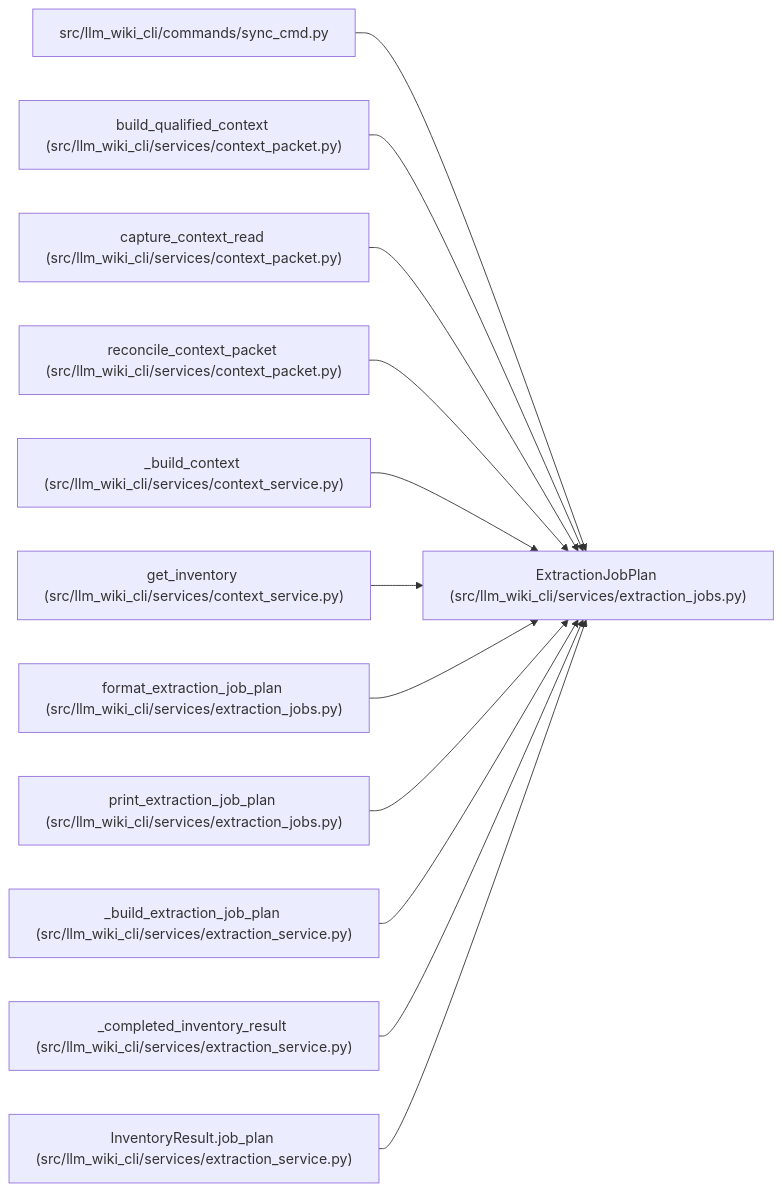
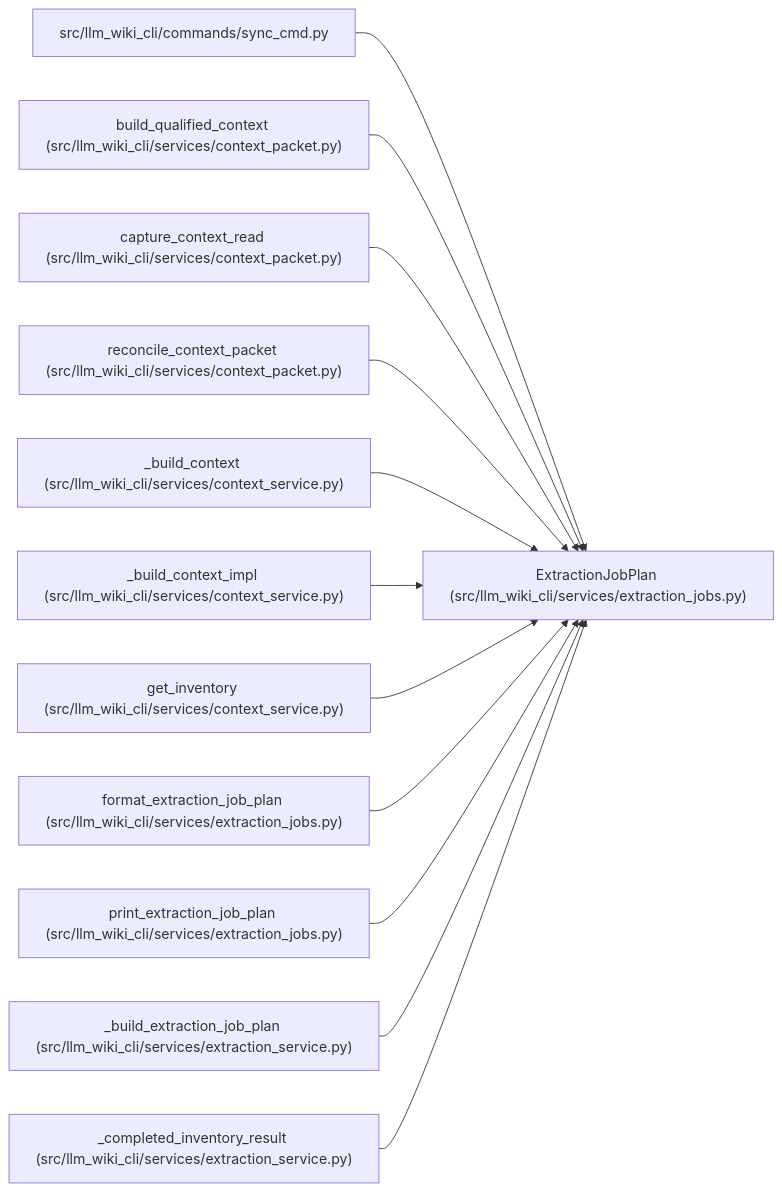
The diagram in docs/llm_wiki/entities/ExtractionJobPlan.md (Denissvgn/python-wiki-llm), drawn with Mermaid before and after one commit. The commit also changed other lines of this file and 364 other files, not shown here.

````diff
--- a/docs/llm_wiki/entities/ExtractionJobPlan.md
+++ b/docs/llm_wiki/entities/ExtractionJobPlan.md
@@ -35,38 +35,38 @@
 ```mermaid
 flowchart LR
     n0["ExtractionJobPlan (src/llm_wiki_cli/services/extraction_jobs.py)"]
     n1["src/llm_wiki_cli/commands/sync_cmd.py"]
     n2["build_qualified_context (src/llm_wiki_cli/services/context_packet.py)"]
     n3["capture_context_read (src/llm_wiki_cli/services/context_packet.py)"]
     n4["reconcile_context_packet (src/llm_wiki_cli/services/context_packet.py)"]
     n5["_build_context (src/llm_wiki_cli/services/context_service.py)"]
-    n6["get_inventory (src/llm_wiki_cli/services/context_service.py)"]
-    n7["format_extraction_job_plan (src/llm_wiki_cli/services/extraction_jobs.py)"]
-    n8["print_extraction_job_plan (src/llm_wiki_cli/services/extraction_jobs.py)"]
-    n9["_build_extraction_job_plan (src/llm_wiki_cli/services/extraction_service.py)"]
-    n10["_completed_inventory_result (src/llm_wiki_cli/services/extraction_service.py)"]
-    n11["InventoryResult.job_plan (src/llm_wiki_cli/services/extraction_service.py)"]
+    n6["_build_context_impl (src/llm_wiki_cli/services/context_service.py)"]
+    n7["get_inventory (src/llm_wiki_cli/services/context_service.py)"]
+    n8["format_extraction_job_plan (src/llm_wiki_cli/services/extraction_jobs.py)"]
+    n9["print_extraction_job_plan (src/llm_wiki_cli/services/extraction_jobs.py)"]
+    n10["_build_extraction_job_plan (src/llm_wiki_cli/services/extraction_service.py)"]
+    n11["_completed_inventory_result (src/llm_wiki_cli/services/extraction_service.py)"]
     n1 --> n0
     n2 --> n0
     n3 --> n0
     n4 --> n0
     n5 --> n0
     n6 --> n0
     n7 --> n0
     n8 --> n0
     n9 --> n0
     n10 --> n0
     n11 --> n0
     click n0 "../modules/extraction_jobs.md"
     click n1 "../modules/sync_cmd.md"
     click n2 "../modules/context_packet.md"
     click n3 "../modules/context_packet.md"
     click n4 "../modules/context_packet.md"
     click n5 "../modules/context_service.md"
     click n6 "../modules/context_service.md"
-    click n7 "../modules/extraction_jobs.md"
+    click n7 "../modules/context_service.md"
     click n8 "../modules/extraction_jobs.md"
-    click n9 "../modules/extraction_service.md"
+    click n9 "../modules/extraction_jobs.md"
     click n10 "../modules/extraction_service.md"
     click n11 "../modules/extraction_service.md"
 ```
````
